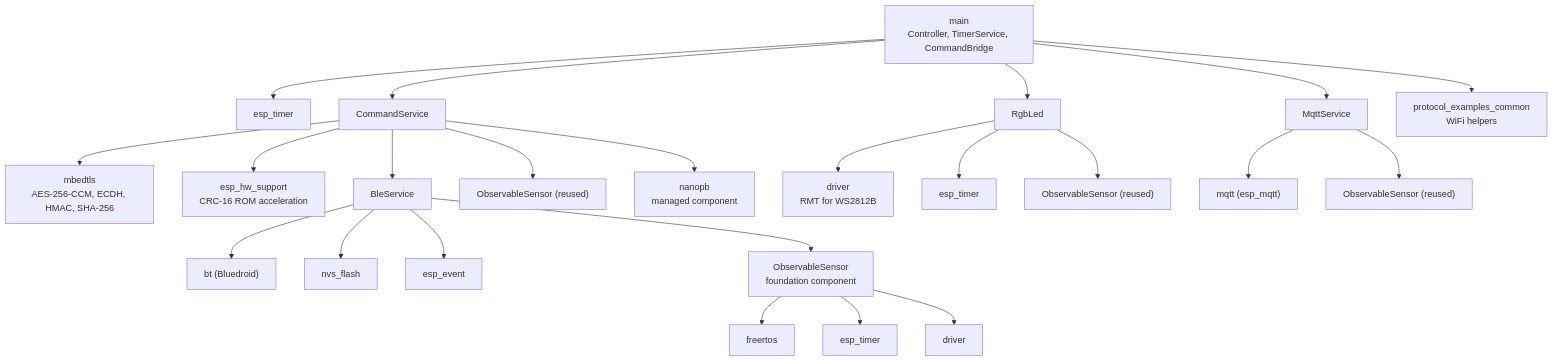
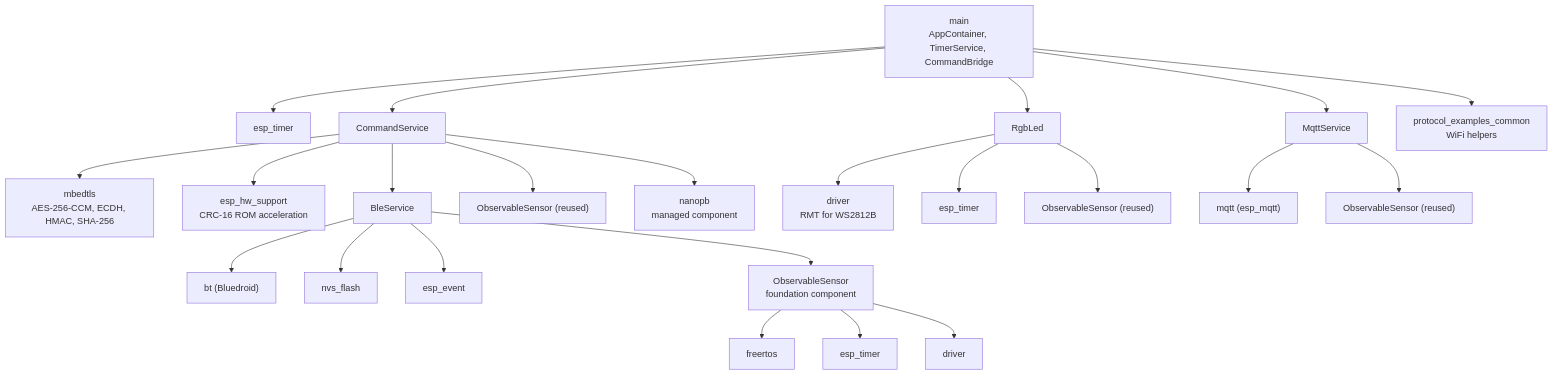
The second of 14 diagrams in README.md (jrjohn/arcana-embedded-esp32), drawn with Mermaid before and after one commit. The commit also changed other lines of this file and 1 other file, not shown here.

First line of the commit message:
docs: update README for 5-phase AppContainer + MVVM + Storage expansion

````diff
--- a/README.md
+++ b/README.md
@@ -206,30 +226,30 @@
 ```mermaid
 graph TD
-    Main["main<br/>Controller, TimerService, CommandBridge"] --> esp_timer
+    Main["main<br/>AppContainer, TimerService, CommandBridge"] --> esp_timer
     Main --> CS["CommandService"]
     Main --> RGB["RgbLed"]
     Main --> MQTT["MqttService"]
     Main --> PEC["protocol_examples_common<br/>WiFi helpers"]
 
     CS --> mbedtls["mbedtls<br/>AES-256-CCM, ECDH, HMAC, SHA-256"]
     CS --> esp_hw["esp_hw_support<br/>CRC-16 ROM acceleration"]
     CS --> BLE["BleService"]
     CS --> OS_r1["ObservableSensor (reused)"]
     CS --> nanopb["nanopb<br/>managed component"]
 
     BLE --> bt["bt (Bluedroid)"]
     BLE --> nvs["nvs_flash"]
     BLE --> evt["esp_event"]
     BLE --> OS["ObservableSensor<br/>foundation component"]
 
     OS --> freertos
     OS --> et2["esp_timer"]
     OS --> drv["driver"]
 
     RGB --> drv2["driver<br/>RMT for WS2812B"]
     RGB --> et3["esp_timer"]
     RGB --> OS_r2["ObservableSensor (reused)"]
 
     MQTT --> mqtt["mqtt (esp_mqtt)"]
     MQTT --> OS_r3["ObservableSensor (reused)"]
 ```
````
